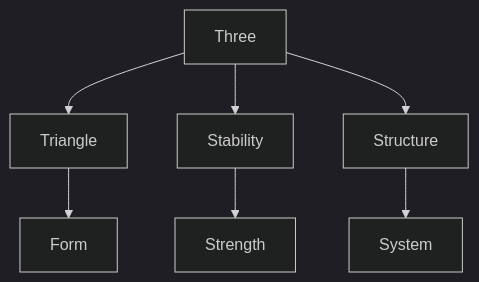
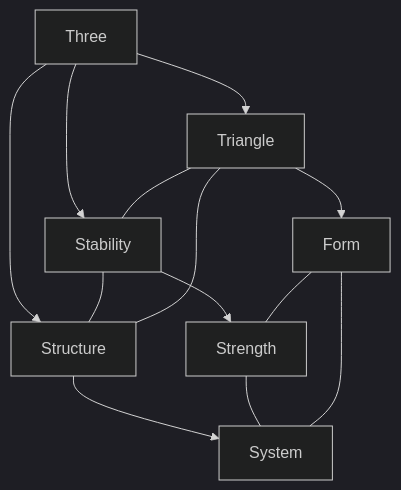
Before and after one commit to docxology/School_of_Tomorrow: the second of 6 diagrams in formalisms/numbers/3.md, drawn with Mermaid (dark theme). The commit also changed other lines of this file and 8 other files, not shown here.

````diff
--- a/formalisms/numbers/3.md
+++ b/formalisms/numbers/3.md
@@ -98,9 +98,16 @@
 ```mermaid
 graph TD
     A[Three] --> B[Triangle]
     A --> C[Stability]
     A --> D[Structure]
     B --> E[Form]
     C --> F[Strength]
     D --> G[System]
+    
+    B --- C
+    C --- D
+    B --- D
+    E --- F
+    F --- G
+    E --- G
 ```
````
